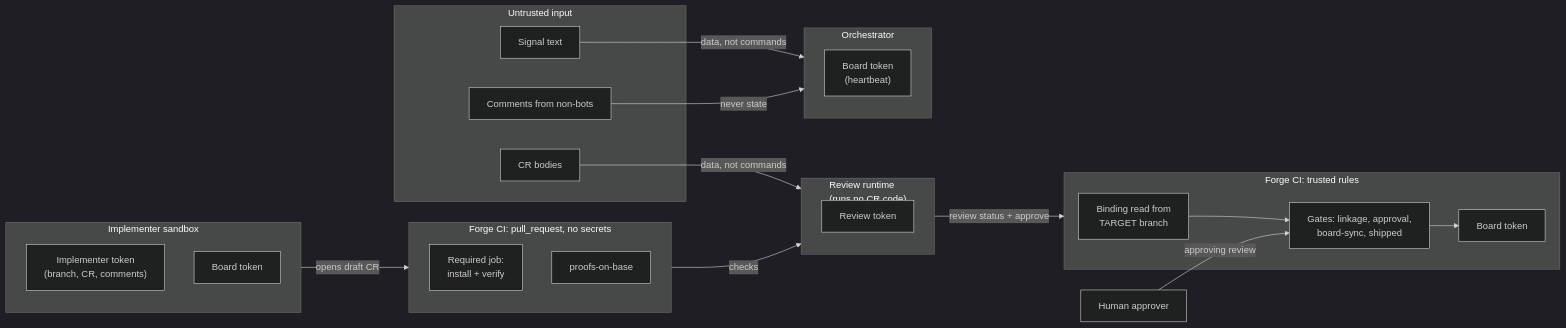
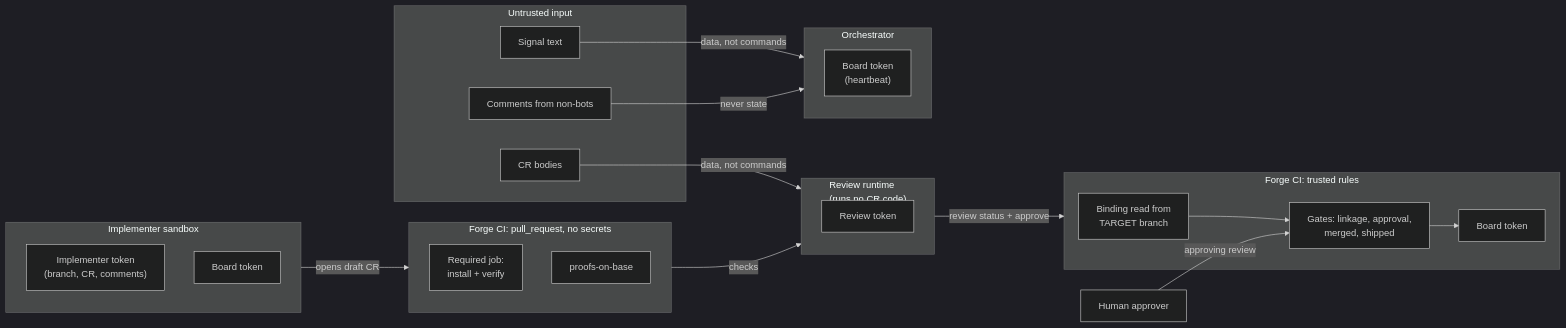
One commit to dmitriywind/agentic-sdlc changed the fourth of 5 diagrams in docs/architecture/components.md. Above: the diagram before and after it, drawn with Mermaid (dark theme). The commit also changed 34 other files, not shown here.

First line of the commit message:
step 1: one writer per board transition (gate merged replaces board-sync)

````diff
--- a/docs/architecture/components.md
+++ b/docs/architecture/components.md
@@ -153,38 +153,38 @@
 ```mermaid
 flowchart LR
   subgraph U["Untrusted input"]
     U1["Signal text"]
     U2["CR bodies"]
     U3["Comments from non-bots"]
   end
   subgraph CIN["Forge CI: pull_request, no secrets"]
     REQ["Required job:<br/>install + verify"]
     POB["proofs-on-base"]
   end
   subgraph CI["Forge CI: trusted rules"]
     T["Binding read from<br/>TARGET branch"]
-    GT["Gates: linkage, approval,<br/>board-sync, shipped"]
+    GT["Gates: linkage, approval,<br/>merged, shipped"]
     BT["Board token"]
   end
   subgraph IS["Implementer sandbox"]
     IT["Implementer token<br/>(branch, CR, comments)"]
     IB["Board token"]
   end
   subgraph RS["Review runtime<br/>(runs no CR code)"]
     RV["Review token"]
   end
   HU["Human approver"]
   subgraph OR["Orchestrator"]
     OB["Board token<br/>(heartbeat)"]
   end
 
   U1 -->|"data, not commands"| OR
   U2 -->|"data, not commands"| RS
   U3 -->|"never state"| OR
   T --> GT
   GT --> BT
   IS -->|"opens draft CR"| CIN
   CIN -->|"checks"| RS
   RS -->|"review status + approve"| CI
   HU -->|"approving review"| GT
 ```
````
